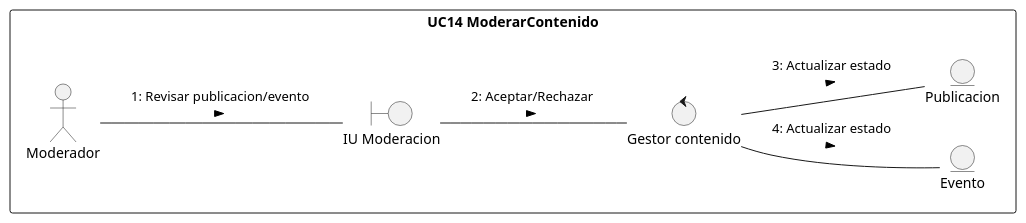
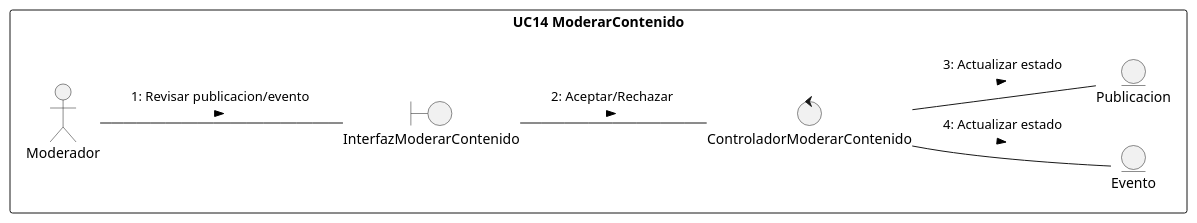
Before and after one commit to RolandoU548/Plataforma-Digital-IS: the diagram in docs/scenariosView/diagramas-de-colaboracion/DC14.plantuml, drawn with PlantUML. The commit also changed 15 other files, not shown here.

Commit message:
diagrama colaboracion

```diff
--- a/docs/scenariosView/diagramas-de-colaboracion/DC14.plantuml
+++ b/docs/scenariosView/diagramas-de-colaboracion/DC14.plantuml
@@ -1,30 +1,30 @@
-@startuml r11
+@startuml DC14
 /'
     Crear el diagrama de clases de análisis y de colaboración de los casos de uso prioritarios del proyecto.
 
     Para conseguir el diagrama de clases seguir los siguientes pasos:
 
     1. Identificar las clases Entidad (Modelo)
     2. Identificar las clases Interfaz (Vista)
     3. Identificar las clases Control (Controlador)
     4. Identificar las relaciones entre estas clases
     
     Este diagrama debe ser específico de un caso de uso y las clases deben ser representadas con sus estereotipos.
     
     Para conseguir el diagrama de colaboración, identifique las relaciones (enlaces) entre los objetos y los requerimientos (mensajes) sobre cada objeto involucrado en la descripción del caso de uso.
 '/
 left to right direction
 
 rectangle "UC14 ModerarContenido"{
     actor Moderador 
     entity Evento as e2
     entity Publicacion as e1
-    boundary "IU Moderacion" as i1
-    control "Gestor contenido" as c1
+    boundary "InterfazModerarContenido" as i1
+    control "ControladorModerarContenido" as c1
 }
 Moderador -- i1 : "1: Revisar publicacion/evento \n >"
 i1 -- c1 : "2: Aceptar/Rechazar \n >" 
 c1 -- e1 : "3: Actualizar estado \n >" 
 c1 -- e2 : "4: Actualizar estado \n >" 
 
 @enduml
```
